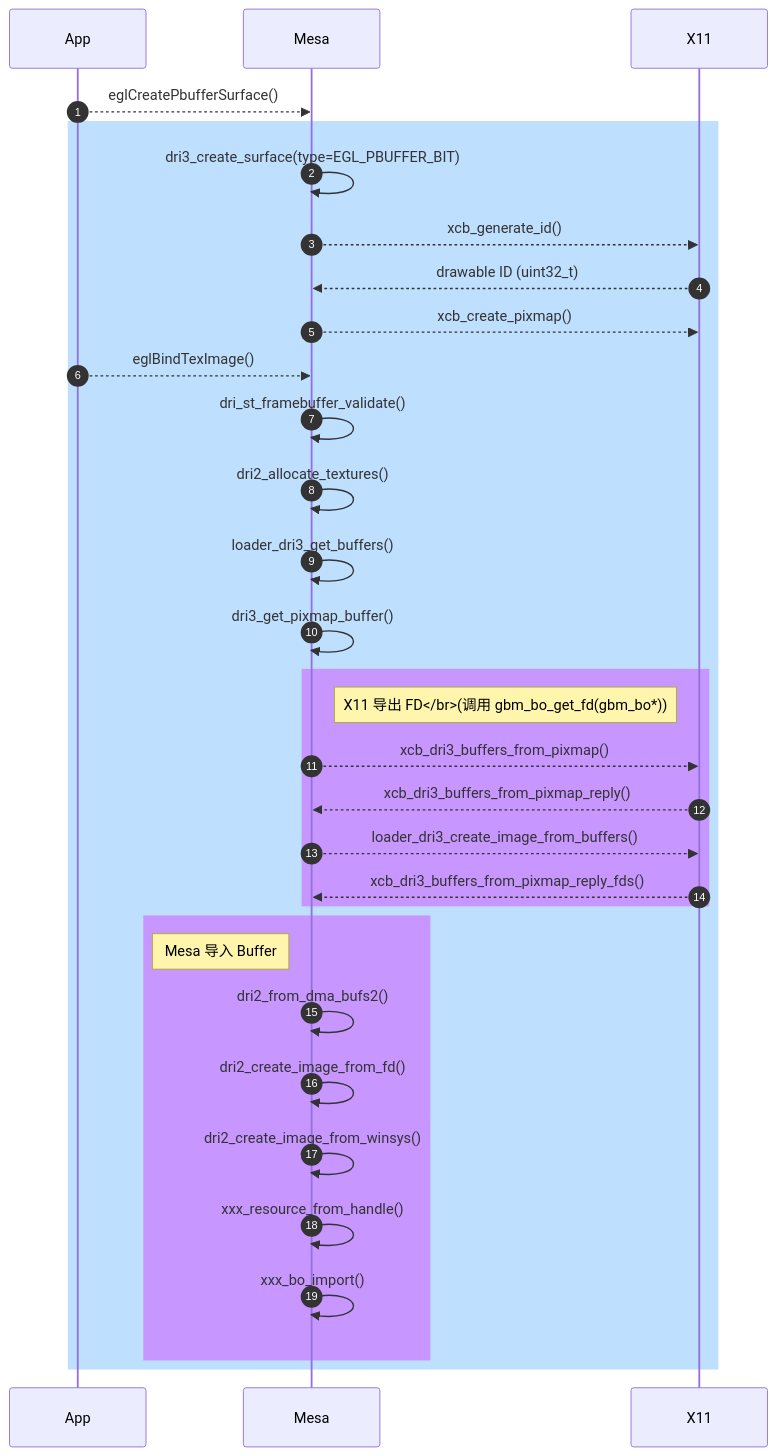
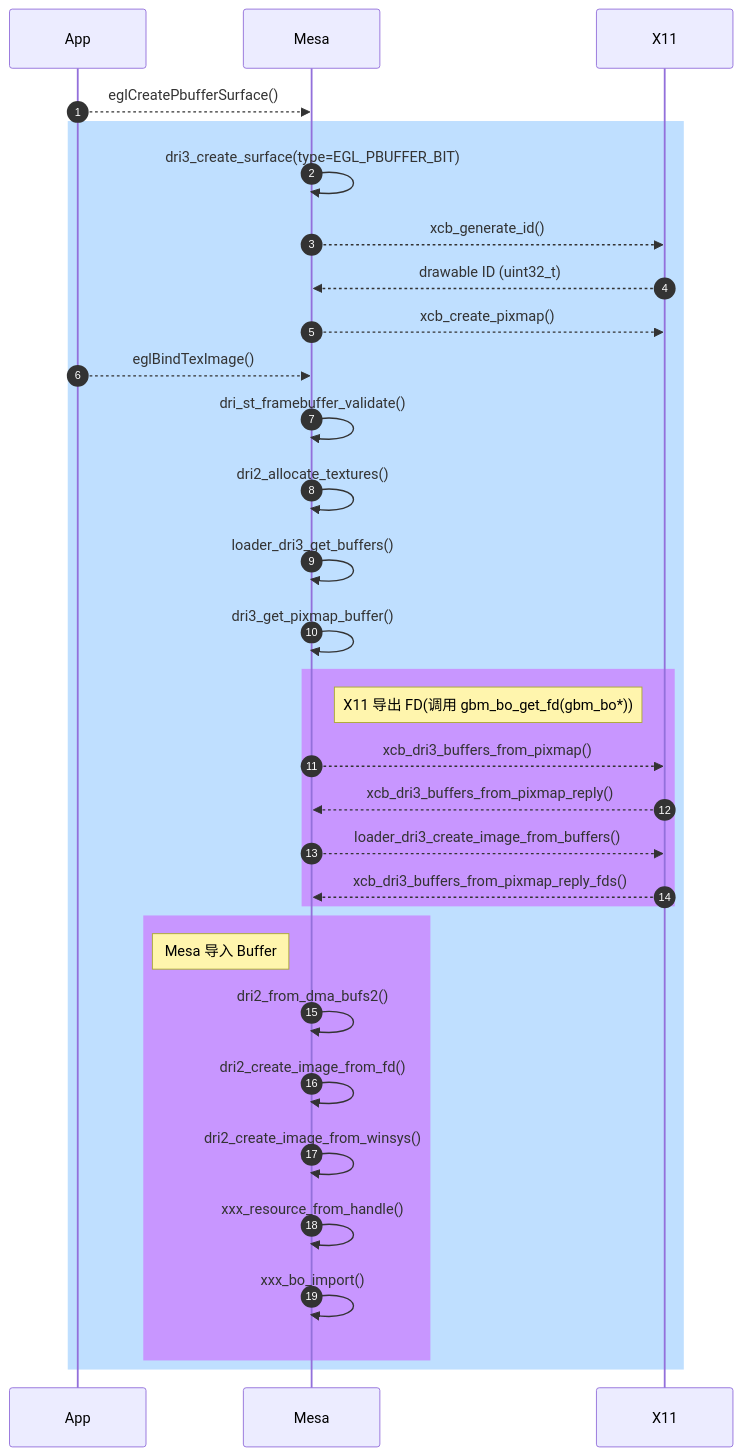
Before and after one commit to lucmann/lucmann.github.io: the third of 5 diagrams in source/_posts/gfx/dri3.md, drawn with Mermaid. The commit also changed other lines of this file and 1 other file, not shown here.

````diff
--- a/source/_posts/gfx/dri3.md
+++ b/source/_posts/gfx/dri3.md
@@ -190,35 +190,35 @@
 ```mermaid
 sequenceDiagram
     autonumber
     participant App
     participant Mesa
     participant X11
 
     App-->>Mesa: eglCreatePbufferSurface()
     rect rgb(191, 223, 255)
     Mesa->>Mesa: dri3_create_surface(type=EGL_PBUFFER_BIT)
     Mesa-->>X11: xcb_generate_id()
     X11-->>Mesa: drawable ID (uint32_t)
     Mesa-->>X11: xcb_create_pixmap()
     App-->>Mesa: eglBindTexImage()
     Mesa->>Mesa: dri_st_framebuffer_validate()
     Mesa->>Mesa: dri2_allocate_textures()
     Mesa->>Mesa: loader_dri3_get_buffers()
     Mesa->>Mesa: dri3_get_pixmap_buffer()
     rect rgb(200, 150, 255)
-    note left of X11: X11 导出 FD</br>(调用 gbm_bo_get_fd(gbm_bo*))
+    note left of X11: X11 导出 FD(调用 gbm_bo_get_fd(gbm_bo*))
     Mesa-->>X11: xcb_dri3_buffers_from_pixmap()
     X11-->>Mesa: xcb_dri3_buffers_from_pixmap_reply()
     Mesa-->>X11: loader_dri3_create_image_from_buffers()
     X11-->>Mesa: xcb_dri3_buffers_from_pixmap_reply_fds()
     end
     rect rgb(200, 150, 255)
     note left of Mesa: Mesa 导入 Buffer
     Mesa->>Mesa: dri2_from_dma_bufs2()
     Mesa->>Mesa: dri2_create_image_from_fd()
     Mesa->>Mesa: dri2_create_image_from_winsys()
     Mesa->>Mesa: xxx_resource_from_handle()
     Mesa->>Mesa: xxx_bo_import()
     end
     end
 ```
````
